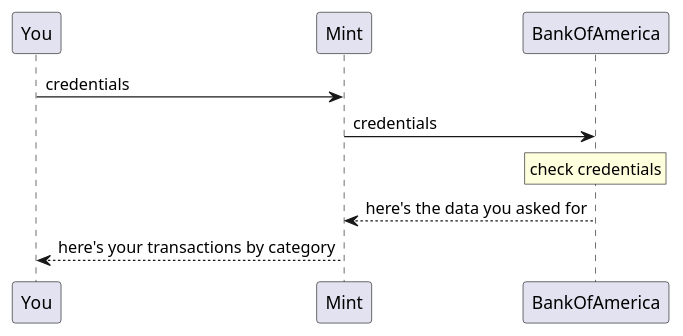
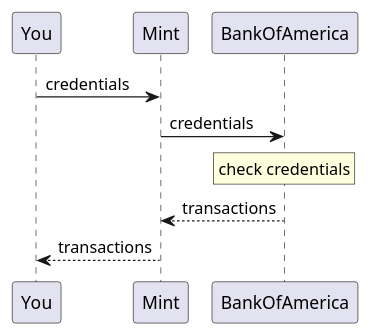
Before and after one commit to sheymans/elementsOf: the diagram in oauth2/images/mint_first_version.puml, drawn with PlantUML. The commit also changed 2 other files, not shown here.

Commit message:
Edit Use mint to see your boa data

```diff
--- a/oauth2/images/mint_first_version.puml
+++ b/oauth2/images/mint_first_version.puml
@@ -1,9 +1,9 @@
 @startuml
 You -> Mint: credentials
 Mint -> BankOfAmerica: credentials
 rnote over BankOfAmerica
   check credentials
 endrnote
-BankOfAmerica --> Mint: here's the data you asked for
-Mint --> You: here's your transactions by category
+BankOfAmerica --> Mint: transactions
+Mint --> You: transactions
 @enduml
```
